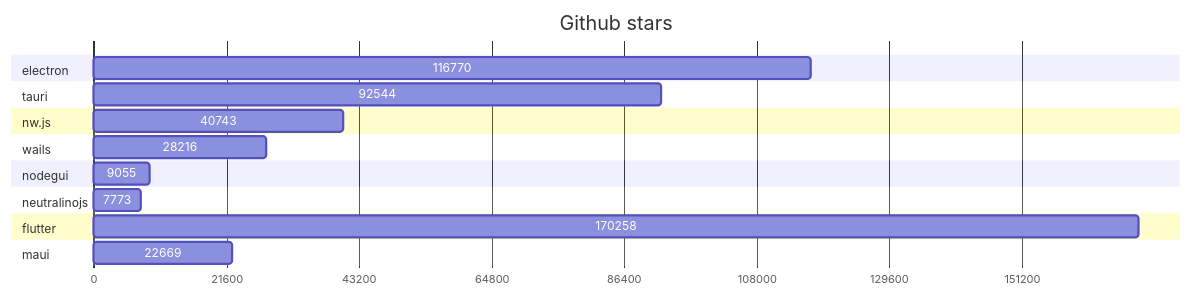
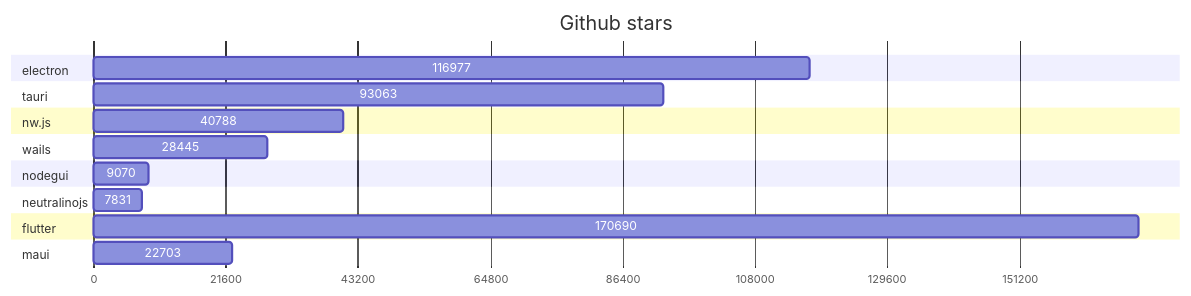
One commit to Elanis/web-to-desktop-framework-comparison changed the first of 2 diagrams in GRAPHS.md. Above: the diagram before and after it, drawn with Mermaid. The commit also changed other lines of this file and 2 other files, not shown here.

Commit message:
Update stars & Fork

````diff
--- a/GRAPHS.md
+++ b/GRAPHS.md
@@ -5,40 +5,40 @@
 ```mermaid
 gantt
     title Github stars
     dateFormat  X
     axisFormat %s
 
 
 	section electron
-	116770 : 0, 116770
+	116977 : 0, 116977
 
 	
 	section tauri
-	92544 : 0, 92544
+	93063 : 0, 93063
 
 	
 	section nw.js
-	40743 : 0, 40743
+	40788 : 0, 40788
 
 	
 	section wails
-	28216 : 0, 28216
+	28445 : 0, 28445
 
 	
 	section nodegui
-	9055 : 0, 9055
+	9070 : 0, 9070
 
 	
 	section neutralinojs
-	7773 : 0, 7773
+	7831 : 0, 7831
 
 	
 	section flutter
-	170258 : 0, 170258
+	170690 : 0, 170690
 
 	
 	section maui
-	22669 : 0, 22669
+	22703 : 0, 22703
 
 	
 ```
````
